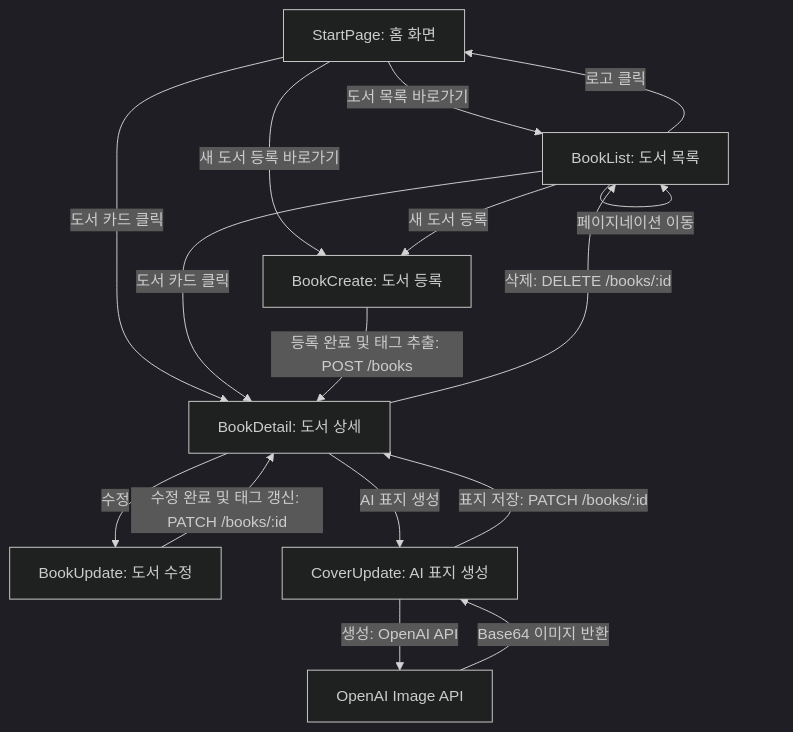
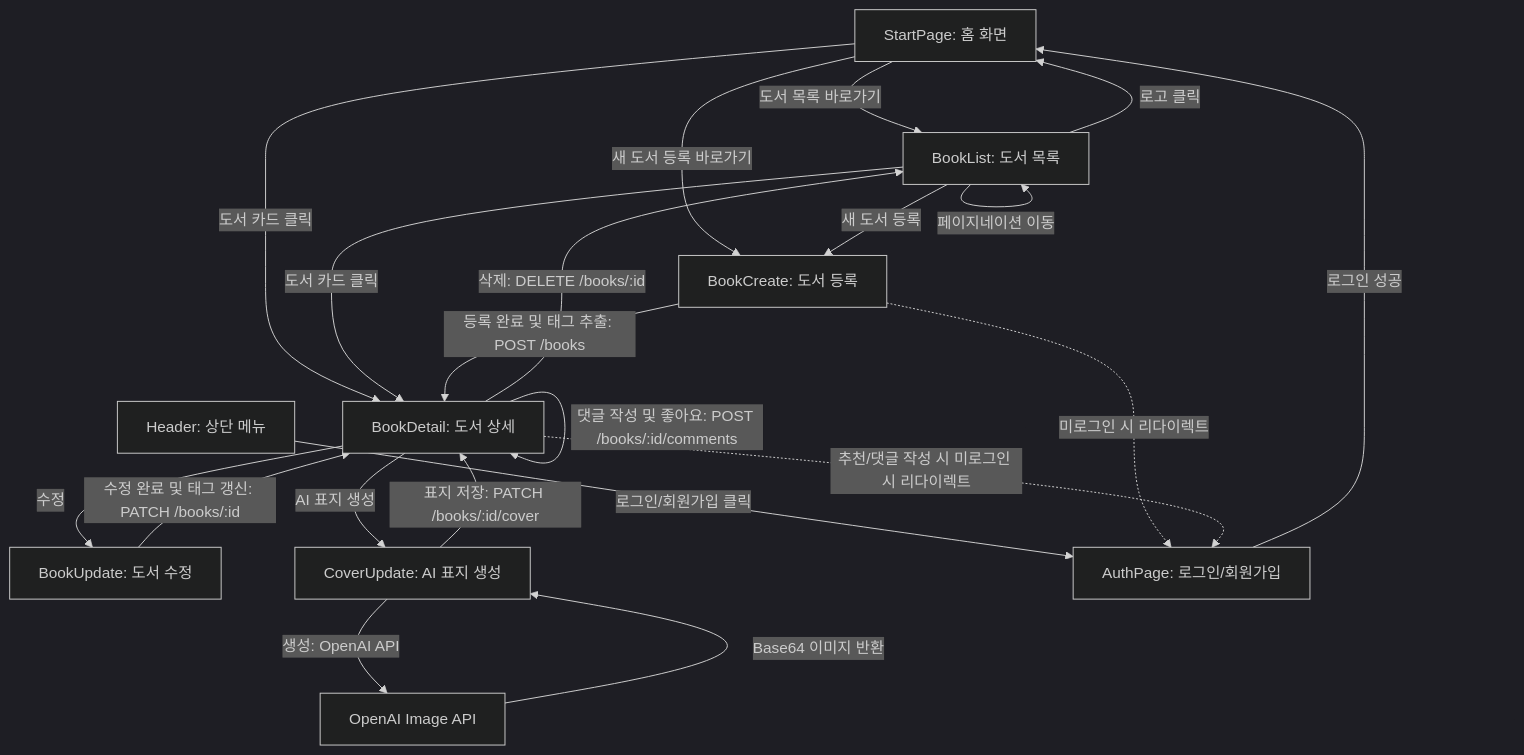
Before and after one commit to aivleschool-miniproject04/mini-project04: the diagram in README.md, drawn with Mermaid (dark theme). The commit also changed other lines of this file, not shown here.

````diff
--- a/README.md
+++ b/README.md
@@ -41,23 +51,30 @@
 ```mermaid
 graph TD
     StartPage[StartPage: 홈 화면] -->|도서 목록 바로가기| BookList[BookList: 도서 목록]
     StartPage -->|새 도서 등록 바로가기| BookCreate[BookCreate: 도서 등록]
     StartPage -->|도서 카드 클릭| BookDetail[BookDetail: 도서 상세]
     
     BookList -->|도서 카드 클릭| BookDetail
     BookList -->|새 도서 등록| BookCreate
     BookList -->|로고 클릭| StartPage
     BookList -->|검색 필터 선택 및 실시간 검색| BookList
     BookList -->|페이지네이션 이동| BookList
 
     BookDetail -->|수정| BookUpdate[BookUpdate: 도서 수정]
     BookDetail -->|삭제: DELETE /books/:id| BookList
     BookDetail -->|AI 표지 생성| CoverUpdate[CoverUpdate: AI 표지 생성]
+    BookDetail -->|댓글 작성 및 좋아요: POST /books/:id/comments| BookDetail
 
     BookUpdate -->|수정 완료 및 태그 갱신: PATCH /books/:id| BookDetail
     BookCreate -->|등록 완료 및 태그 추출: POST /books| BookDetail
 
     CoverUpdate -->|생성: OpenAI API| OpenAI[OpenAI Image API]
     OpenAI -->|Base64 이미지 반환| CoverUpdate
-    CoverUpdate -->|표지 저장: PATCH /books/:id| BookDetail
+    CoverUpdate -->|표지 저장: PATCH /books/:id/cover| BookDetail
+
+    Header[Header: 상단 메뉴] -->|로그인/회원가입 클릭| AuthPage[AuthPage: 로그인/회원가입]
+    AuthPage -->|로그인 성공| StartPage
+    
+    BookCreate -.->|미로그인 시 리다이렉트| AuthPage
+    BookDetail -.->|추천/댓글 작성 시 미로그인 시 리다이렉트| AuthPage
 ```
````
